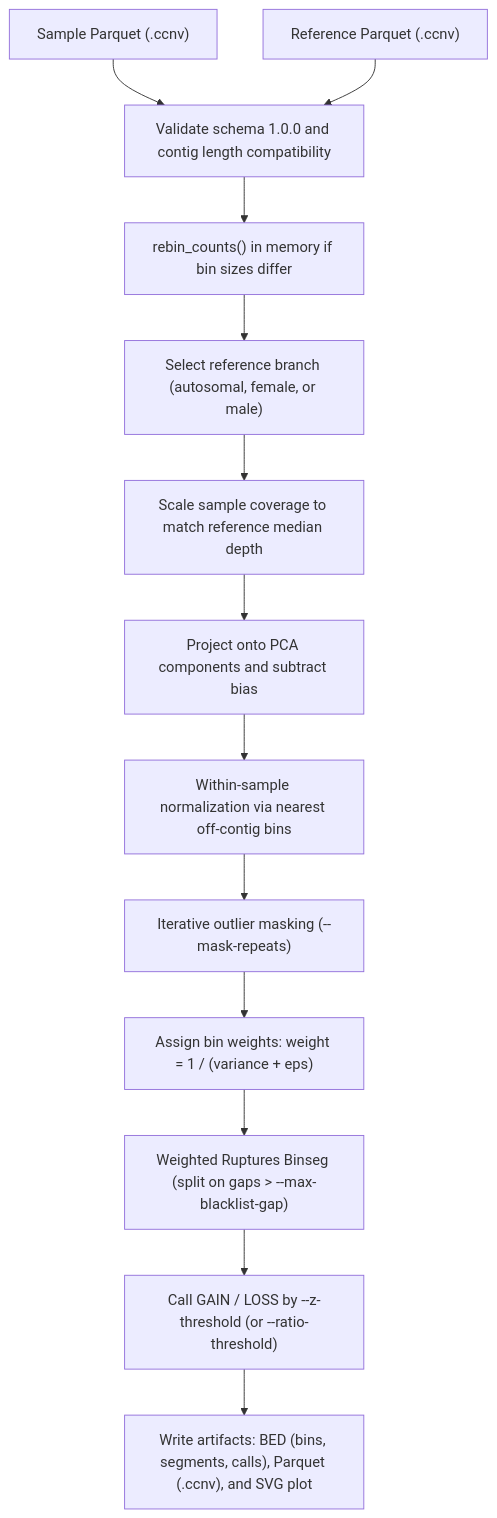
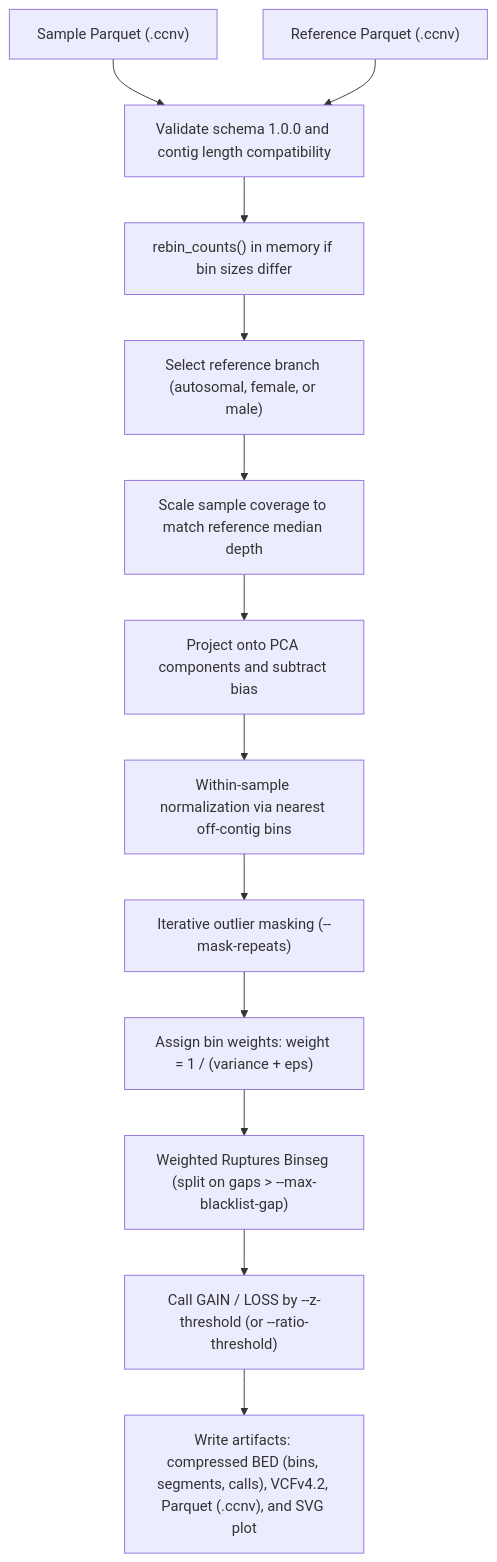
The fifth of 5 diagrams in docs/pipeline.md (matthdsm/ccnv), drawn with Mermaid before and after one commit. The commit also changed other lines of this file and 11 other files, not shown here.

````diff
--- a/docs/pipeline.md
+++ b/docs/pipeline.md
@@ -113,15 +113,15 @@
 ```mermaid
 flowchart TD
     InSample["Sample Parquet (<sample>.ccnv)"] --> LoadCompat["Validate schema 1.0.0 and contig length compatibility"]
     InRef["Reference Parquet (<reference>.ccnv)"] --> LoadCompat
     LoadCompat --> RebinCheck["rebin_counts() in memory if bin sizes differ"]
     RebinCheck --> BranchSelect["Select reference branch (autosomal, female, or male)"]
     BranchSelect --> DepthScale["Scale sample coverage to match reference median depth"]
     DepthScale --> ProjectPCA["Project onto PCA components and subtract bias"]
     ProjectPCA --> MatchNearest["Within-sample normalization via nearest off-contig bins"]
     MatchNearest --> IterativeMask["Iterative outlier masking (--mask-repeats)"]
     IterativeMask --> BinWeights["Assign bin weights: weight = 1 / (variance + eps)"]
     BinWeights --> SegEngine["Weighted Ruptures Binseg (split on gaps > --max-blacklist-gap)"]
     SegEngine --> CallingCriteria["Call GAIN / LOSS by --z-threshold (or --ratio-threshold)"]
-    CallingCriteria --> OutputArtifacts["Write artifacts: BED (bins, segments, calls), Parquet (.ccnv), and SVG plot"]
+    CallingCriteria --> OutputArtifacts["Write artifacts: compressed BED (bins, segments, calls), VCFv4.2, Parquet (.ccnv), and SVG plot"]
 ```
````
